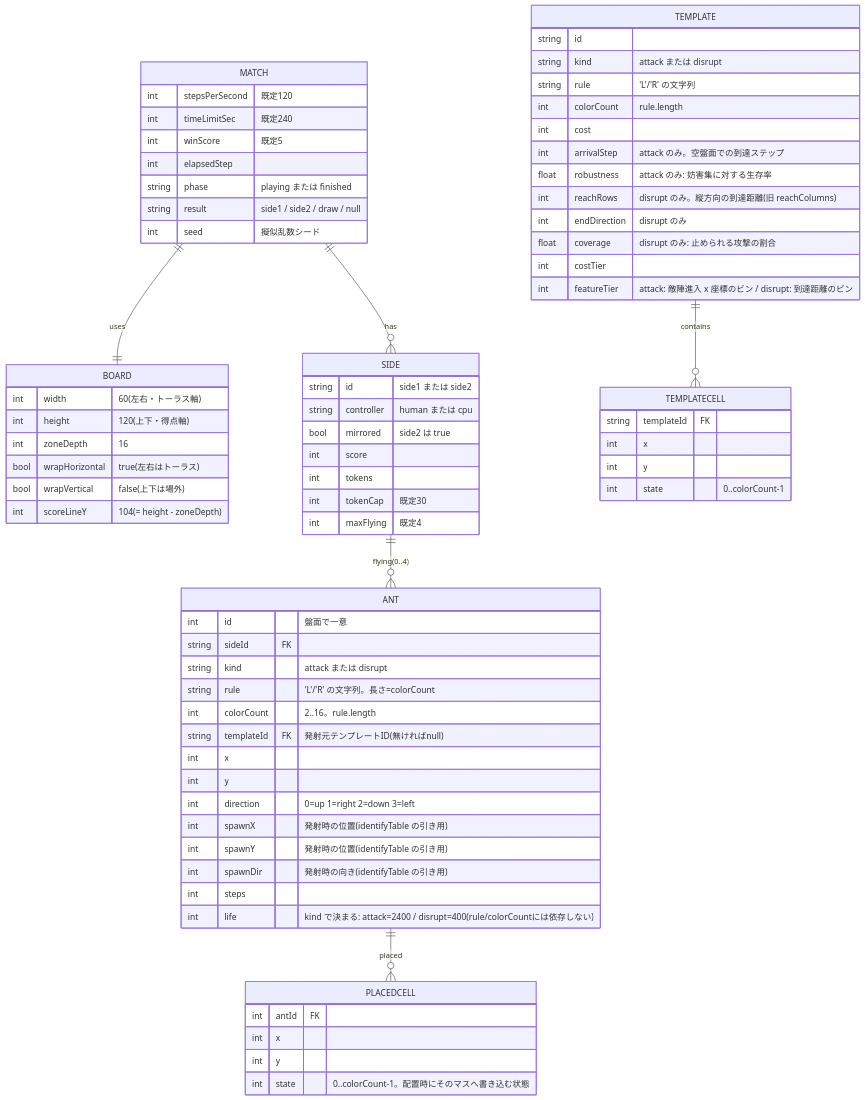
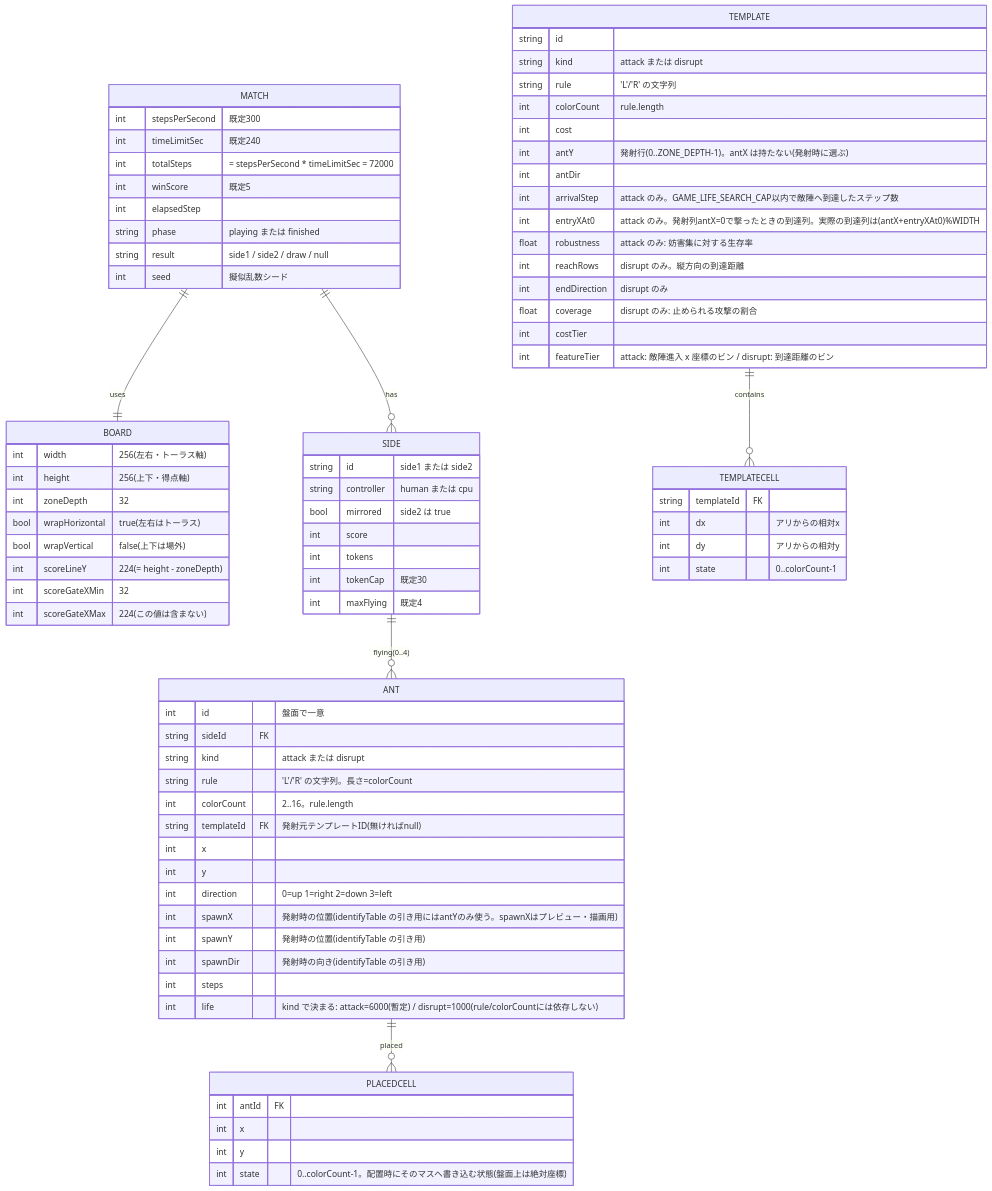
The diagram in docs/data-model.md (ry32767/Langton-Ant-Siege), drawn with Mermaid before and after one commit. The commit also changed other lines of this file and 39 other files, not shown here.

````diff
--- a/docs/data-model.md
+++ b/docs/data-model.md
@@ -9,76 +11,82 @@
 ```mermaid
 erDiagram
     MATCH ||--|| BOARD : uses
     MATCH ||--o{ SIDE : has
     SIDE ||--o{ ANT : "flying(0..4)"
     ANT ||--o{ PLACEDCELL : placed
     TEMPLATE ||--o{ TEMPLATECELL : contains
     MATCH {
-        int stepsPerSecond "既定120"
+        int stepsPerSecond "既定300"
         int timeLimitSec "既定240"
+        int totalSteps "= stepsPerSecond * timeLimitSec = 72000"
         int winScore "既定5"
         int elapsedStep
         string phase "playing または finished"
         string result "side1 / side2 / draw / null"
         int seed "擬似乱数シード"
     }
     BOARD {
-        int width "60(左右・トーラス軸)"
-        int height "120(上下・得点軸)"
-        int zoneDepth "16"
+        int width "256(左右・トーラス軸)"
+        int height "256(上下・得点軸)"
+        int zoneDepth "32"
         bool wrapHorizontal "true(左右はトーラス)"
         bool wrapVertical "false(上下は場外)"
-        int scoreLineY "104(= height - zoneDepth)"
+        int scoreLineY "224(= height - zoneDepth)"
+        int scoreGateXMin "32"
+        int scoreGateXMax "224(この値は含まない)"
     }
     SIDE {
         string id "side1 または side2"
         string controller "human または cpu"
         bool mirrored "side2 は true"
         int score
         int tokens
         int tokenCap "既定30"
         int maxFlying "既定4"
     }
     ANT {
         int id "盤面で一意"
         string sideId FK
         string kind "attack または disrupt"
         string rule "'L'/'R' の文字列。長さ=colorCount"
         int colorCount "2..16。rule.length"
         string templateId FK "発射元テンプレートID(無ければnull)"
         int x
         int y
         int direction "0=up 1=right 2=down 3=left"
-        int spawnX "発射時の位置(identifyTable の引き用)"
+        int spawnX "発射時の位置(identifyTable の引き用にはantYのみ使う。spawnXはプレビュー・描画用)"
         int spawnY "発射時の位置(identifyTable の引き用)"
         int spawnDir "発射時の向き(identifyTable の引き用)"
         int steps
-        int life "kind で決まる: attack=2400 / disrupt=400(rule/colorCountには依存しない)"
+        int life "kind で決まる: attack=6000(暫定) / disrupt=1000(rule/colorCountには依存しない)"
     }
     PLACEDCELL {
         int antId FK
         int x
         int y
-        int state "0..colorCount-1。配置時にそのマスへ書き込む状態"
+        int state "0..colorCount-1。配置時にそのマスへ書き込む状態(盤面上は絶対座標)"
     }
     TEMPLATE {
         string id
         string kind "attack または disrupt"
         string rule "'L'/'R' の文字列"
         int colorCount "rule.length"
         int cost
-        int arrivalStep "attack のみ。空盤面での到達ステップ"
+        int antY "発射行(0..ZONE_DEPTH-1)。antX は持たない(発射時に選ぶ)"
+        int antDir
+        int arrivalStep "attack のみ。GAME_LIFE_SEARCH_CAP以内で敵陣へ到達したステップ数"
+        int entryXAt0 "attack のみ。発射列antX=0で撃ったときの到達列。実際の到達列は(antX+entryXAt0)%WIDTH"
         float robustness "attack のみ: 妨害集に対する生存率"
-        int reachRows "disrupt のみ。縦方向の到達距離(旧 reachColumns)"
+        int reachRows "disrupt のみ。縦方向の到達距離"
         int endDirection "disrupt のみ"
         float coverage "disrupt のみ: 止められる攻撃の割合"
         int costTier
         int featureTier "attack: 敵陣進入 x 座標のビン / disrupt: 到達距離のビン"
     }
     TEMPLATECELL {
         string templateId FK
-        int x
-        int y
+        int dx "アリからの相対x"
+        int dy "アリからの相対y"
         int state "0..colorCount-1"
     }
 ```
````
